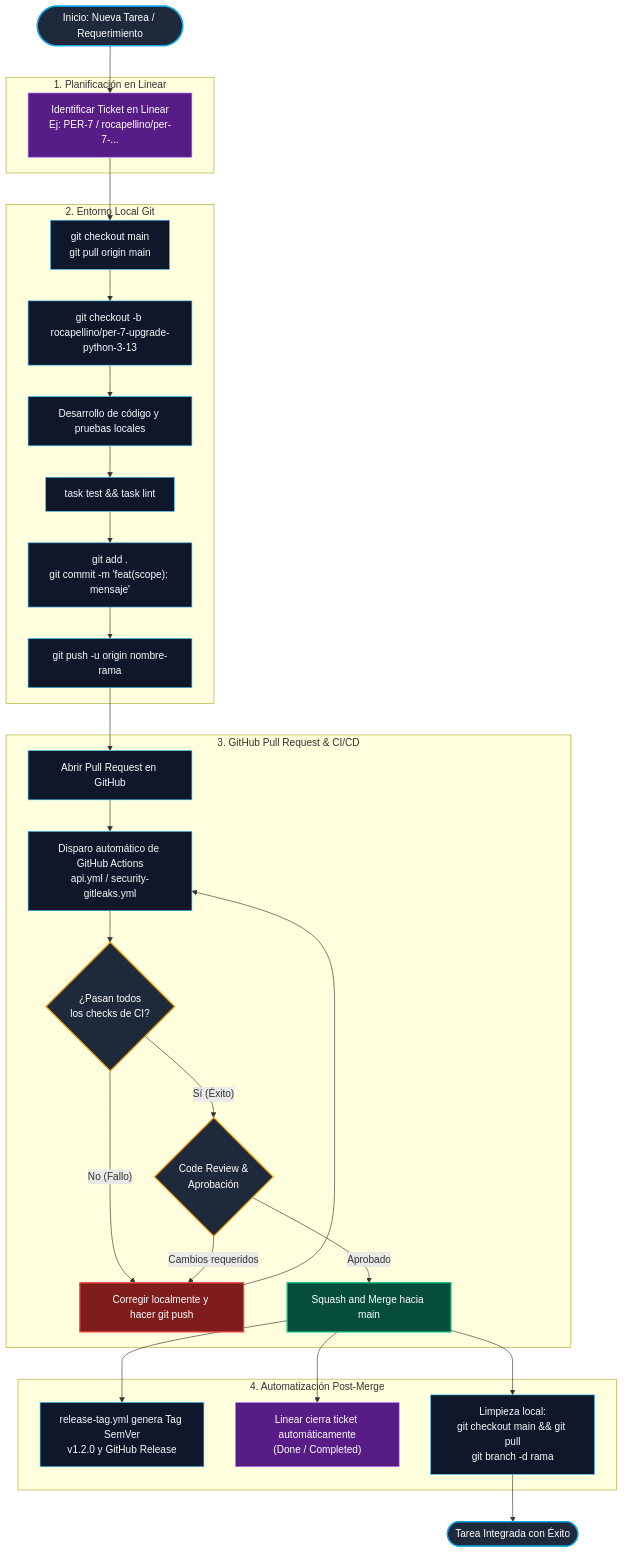
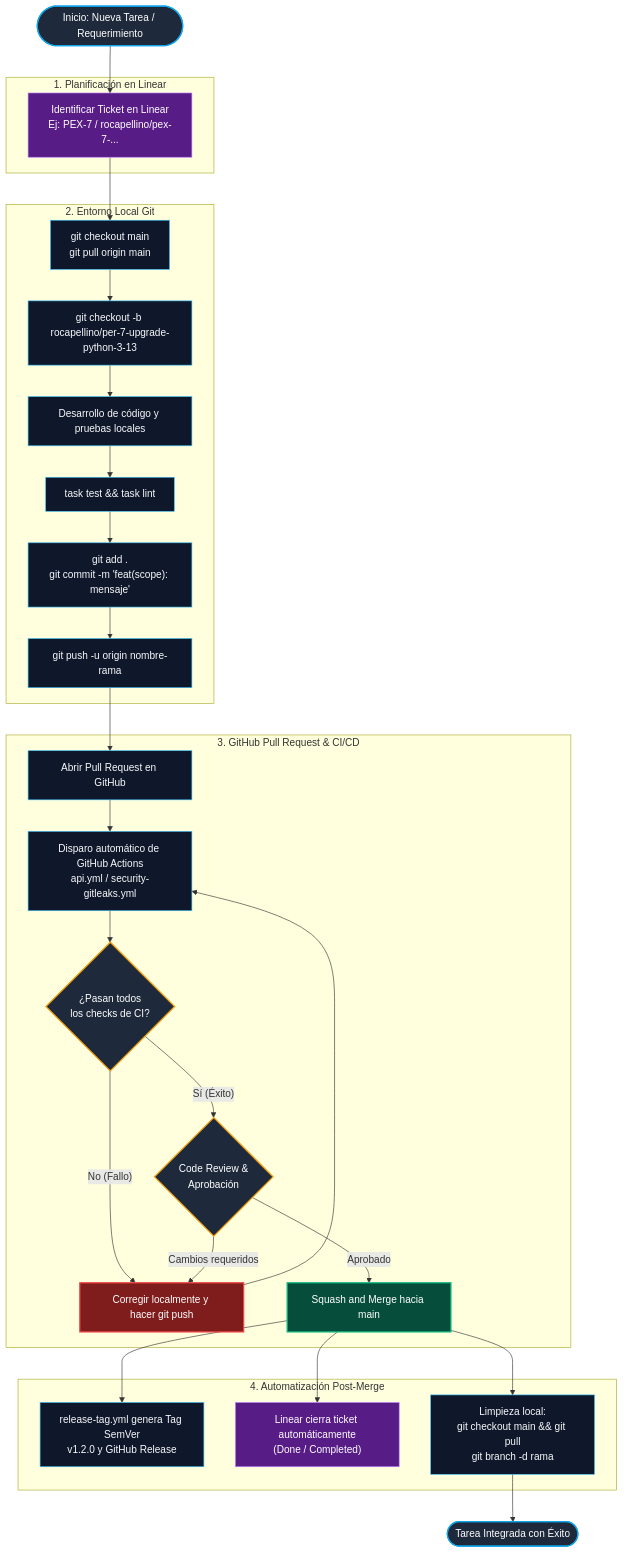
One commit to rocapellino/pokedex changed the first of 2 diagrams in docs/devops/GIT_BRANCHING_AND_MERGE_WORKFLOW.md. Above: the diagram before and after it, drawn with Mermaid. The commit also changed other lines of this file and 8 other files, not shown here.

Commit message:
fix(linear): update team key to pex and resolve sonarcloud s8232

````diff
--- a/docs/devops/GIT_BRANCHING_AND_MERGE_WORKFLOW.md
+++ b/docs/devops/GIT_BRANCHING_AND_MERGE_WORKFLOW.md
@@ -38,71 +38,71 @@
 ```mermaid
 flowchart TD
     %% Definición de Nodos
     Start(["Inicio: Nueva Tarea / Requerimiento"])
     
     subgraph Planificacion ["1. Planificación en Linear"]
-        LinearIssue["Identificar Ticket en Linear<br/>Ej: PER-7 / rocapellino/per-7-..."]
+        LinearIssue["Identificar Ticket en Linear<br/>Ej: PEX-7 / rocapellino/pex-7-..."]
     end
 
     subgraph DesarrolloLocal ["2. Entorno Local Git"]
         SyncMain["git checkout main<br/>git pull origin main"]
         CreateBranch["git checkout -b rocapellino/per-7-upgrade-python-3-13"]
         Coding["Desarrollo de código y pruebas locales"]
         LocalAudit["task test && task lint"]
         CommitChanges["git add .<br/>git commit -m 'feat(scope): mensaje'"]
         PushRemote["git push -u origin nombre-rama"]
     end
 
     subgraph RevisionGitHub ["3. GitHub Pull Request & CI/CD"]
         OpenPR["Abrir Pull Request en GitHub"]
         CIWorkflow["Disparo automático de GitHub Actions<br/>api.yml / security-gitleaks.yml"]
         CheckCI{"¿Pasan todos<br/>los checks de CI?"}
         FixLocally["Corregir localmente y hacer git push"]
         ReviewCopilot{"Code Review &<br/>Aprobación"}
         MergeToMain["Squash and Merge hacia main"]
     end
 
     subgraph PostMerge ["4. Automatización Post-Merge"]
         AutoTag["release-tag.yml genera Tag SemVer<br/>v1.2.0 y GitHub Release"]
         LinearClose["Linear cierra ticket automáticamente<br/>(Done / Completed)"]
         CleanLocal["Limpieza local:<br/>git checkout main && git pull<br/>git branch -d rama"]
     end
 
     Finish(["Tarea Integrada con Éxito"])
 
     %% Conexiones
     Start --> LinearIssue
     LinearIssue --> SyncMain
     SyncMain --> CreateBranch
     CreateBranch --> Coding
     Coding --> LocalAudit
     LocalAudit --> CommitChanges
     CommitChanges --> PushRemote
     PushRemote --> OpenPR
     OpenPR --> CIWorkflow
     CIWorkflow --> CheckCI
     CheckCI -- "No (Fallo)" --> FixLocally
     FixLocally --> CIWorkflow
     CheckCI -- "Sí (Éxito)" --> ReviewCopilot
     ReviewCopilot -- "Cambios requeridos" --> FixLocally
     ReviewCopilot -- "Aprobado" --> MergeToMain
     MergeToMain --> AutoTag
     MergeToMain --> LinearClose
     MergeToMain --> CleanLocal
     CleanLocal --> Finish
 
     %% Estilos
     classDef startEnd fill:#1e293b,stroke:#0ea5e9,stroke-width:2px,color:#fff;
     classDef gitAction fill:#0f172a,stroke:#38bdf8,stroke-width:1px,color:#f8fafc;
     classDef linearStep fill:#581c87,stroke:#c084fc,stroke-width:1px,color:#fff;
     classDef decision fill:#1e293b,stroke:#f59e0b,stroke-width:2px,color:#fff;
     classDef success fill:#064e3b,stroke:#10b981,stroke-width:2px,color:#fff;
     classDef fail fill:#7f1d1d,stroke:#ef4444,stroke-width:2px,color:#fff;
 
     class Start,Finish startEnd;
     class LinearIssue,LinearClose linearStep;
     class SyncMain,CreateBranch,Coding,LocalAudit,CommitChanges,PushRemote,OpenPR,CIWorkflow,AutoTag,CleanLocal gitAction;
     class CheckCI,ReviewCopilot decision;
     class MergeToMain success;
     class FixLocally fail;
 ```
````
